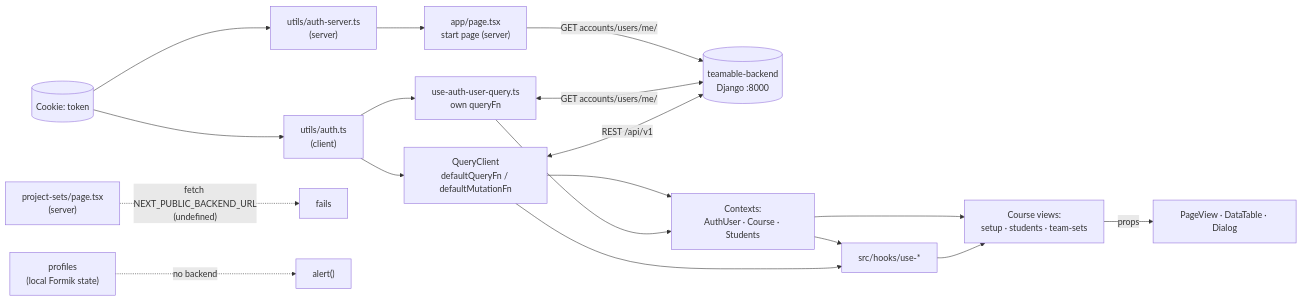
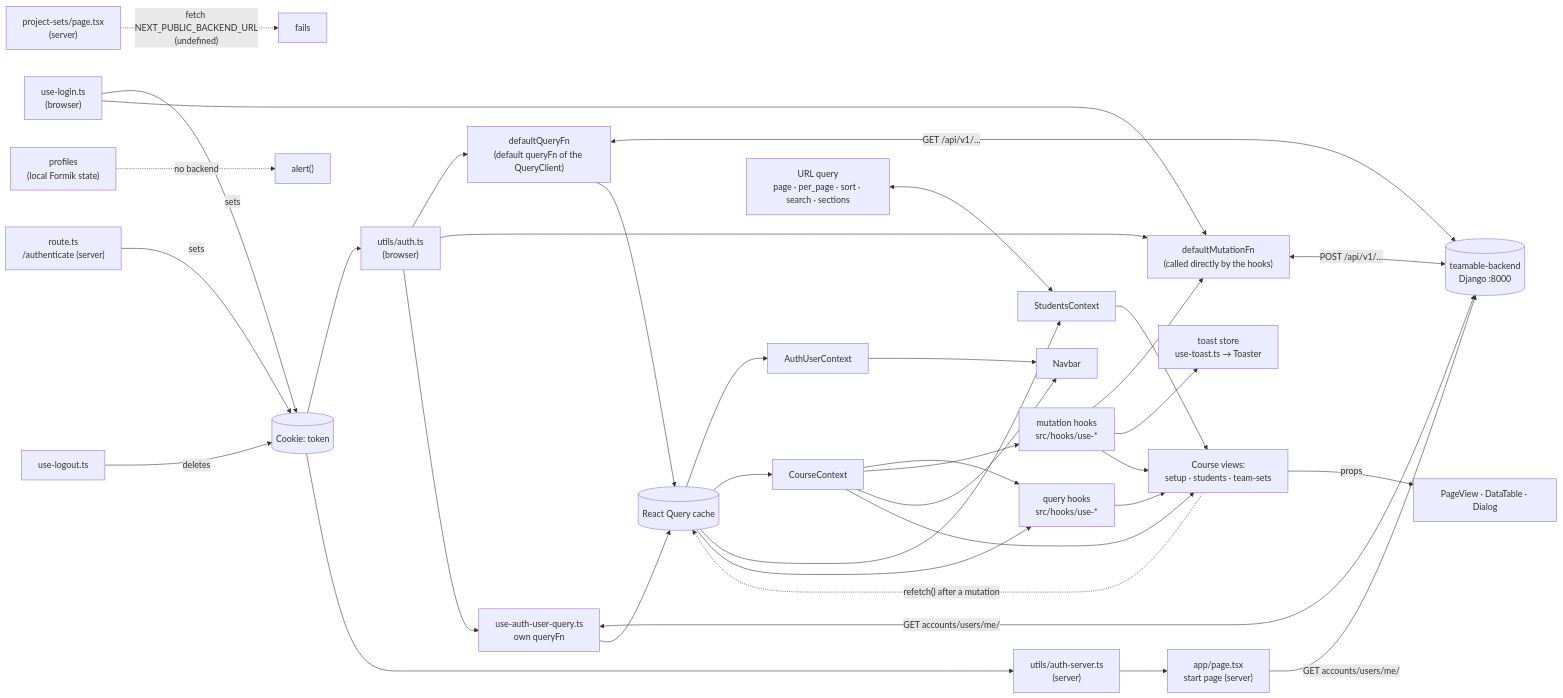
The diagram in docs/current-state/frontend-inventory.md (Teamprojekt-MSI-BIT-SS26/documentation), drawn with Mermaid before and after one commit. The commit also changed other lines of this file and 1 other file, not shown here.

First line of the commit message:
Frontend docs: verify against code and correct data flows, types and known gaps

````diff
--- a/docs/current-state/frontend-inventory.md
+++ b/docs/current-state/frontend-inventory.md
@@ -210,20 +314,38 @@
 ```mermaid
 flowchart LR
-  Cookie[("Cookie: token")] --> HdrC["utils/auth.ts<br/>(client)"]
+  Login["use-login.ts<br/>(browser)"] -->|sets| Cookie[("Cookie: token")]
+  Authn["route.ts<br/>/authenticate (server)"] -->|sets| Cookie
+  Logout["use-logout.ts"] -->|deletes| Cookie
+  Cookie --> HdrC["utils/auth.ts<br/>(browser)"]
   Cookie --> HdrS["utils/auth-server.ts<br/>(server)"]
-  HdrC --> QC["QueryClient<br/>defaultQueryFn / defaultMutationFn"]
+  HdrC --> QFn["defaultQueryFn<br/>(default queryFn of the QueryClient)"]
+  HdrC --> MFn["defaultMutationFn<br/>(called directly by the hooks)"]
   HdrC --> AuthQ["use-auth-user-query.ts<br/>own queryFn"]
   HdrS --> Start["app/page.tsx<br/>start page (server)"]
-  QC <-->|"REST /api/v1"| BE[("teamable-backend<br/>Django :8000")]
+  QFn <-->|"GET /api/v1/…"| BE[("teamable-backend<br/>Django :8000")]
+  MFn <-->|"POST /api/v1/…"| BE
   AuthQ <-->|"GET accounts/users/me/"| BE
   Start -->|"GET accounts/users/me/"| BE
-  AuthQ --> Ctx["Contexts:<br/>AuthUser · Course · Students"]
-  QC --> Ctx
-  QC --> Hooks["src/hooks/use-*"]
-  Ctx --> Hooks
-  Hooks --> Pages["Course views:<br/>setup · students · team-sets"]
-  Ctx --> Pages
+  QFn --> Cache[("React Query cache")]
+  AuthQ --> Cache
+  Cache --> AuthCtx["AuthUserContext"]
+  Cache --> CourseCtx["CourseContext"]
+  Cache --> StudCtx["StudentsContext"]
+  URL["URL query<br/>page · per_page · sort · search · sections"] <--> StudCtx
+  Cache --> QHooks["query hooks<br/>src/hooks/use-*"]
+  CourseCtx --> QHooks
+  CourseCtx --> MHooks["mutation hooks<br/>src/hooks/use-*"]
+  Login --> MFn
+  MHooks --> MFn
+  MHooks --> Toast["toast store<br/>use-toast.ts → Toaster"]
+  AuthCtx --> Nav["Navbar"]
+  CourseCtx --> Nav
+  QHooks --> Pages["Course views:<br/>setup · students · team-sets"]
+  MHooks --> Pages
+  CourseCtx --> Pages
+  StudCtx --> Pages
   Pages -->|props| UI["PageView · DataTable · Dialog"]
+  Pages -.->|"refetch() after a mutation"| Cache
   PS["project-sets/page.tsx<br/>(server)"] -.->|"fetch NEXT_PUBLIC_BACKEND_URL<br/>(undefined)"| Fail["fails"]
   Prof["profiles<br/>(local Formik state)"] -.->|no backend| Alert["alert()"]
 ```
````
